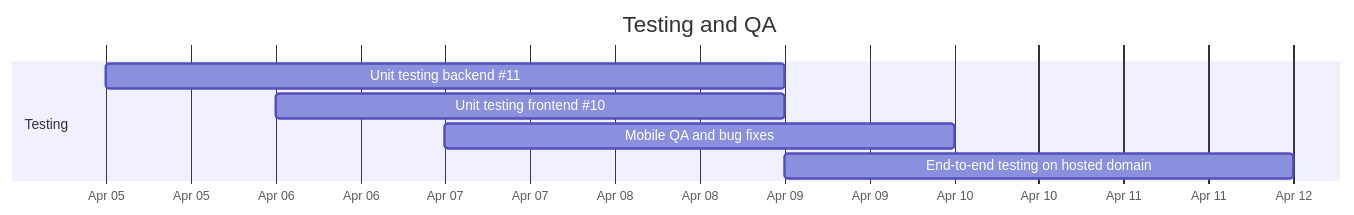
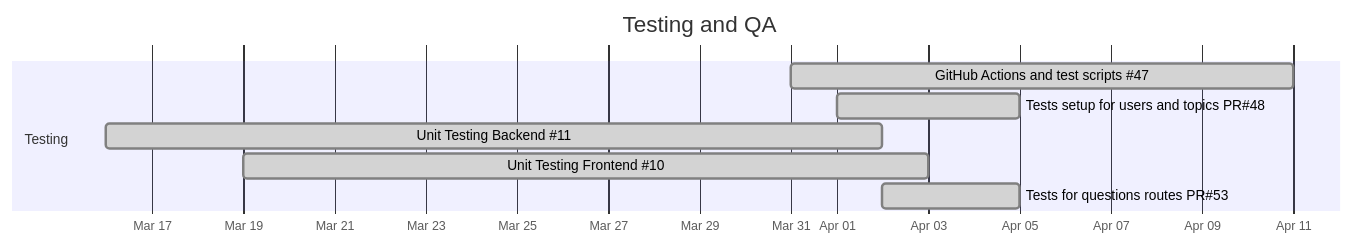
One commit to LuizGomes56/poosd_final_project changed the fifth of 6 diagrams in GANTT.md. Above: the diagram before and after it, drawn with Mermaid. The commit also changed other lines of this file and 1 other file, not shown here.

Commit message:
updated readme and gantt chart

````diff
--- a/GANTT.md
+++ b/GANTT.md
@@ -138,12 +125,13 @@
 ```mermaid
 gantt
     title Testing and QA
     dateFormat  YYYY-MM-DD
     axisFormat  %b %d
-
+ 
     section Testing
-    Unit testing backend #11               : test1, 2026-04-05, 2026-04-09
-    Unit testing frontend #10              : test2, 2026-04-06, 2026-04-09
-    Mobile QA and bug fixes                : test3, 2026-04-07, 2026-04-10
-    End-to-end testing on hosted domain    : test4, 2026-04-09, 2026-04-12
+    GitHub Actions and test scripts #47    :done, test1, 2026-03-31, 2026-04-11
+    Tests setup for users and topics PR#48 :done, test2, 2026-04-01, 2026-04-05
+    Unit Testing Backend #11               :done, test3, 2026-03-16, 2026-04-02
+    Unit Testing Frontend #10              :done, test4, 2026-03-19, 2026-04-03
+    Tests for questions routes PR#53       :done, test5, 2026-04-02, 2026-04-05
 ```
````
